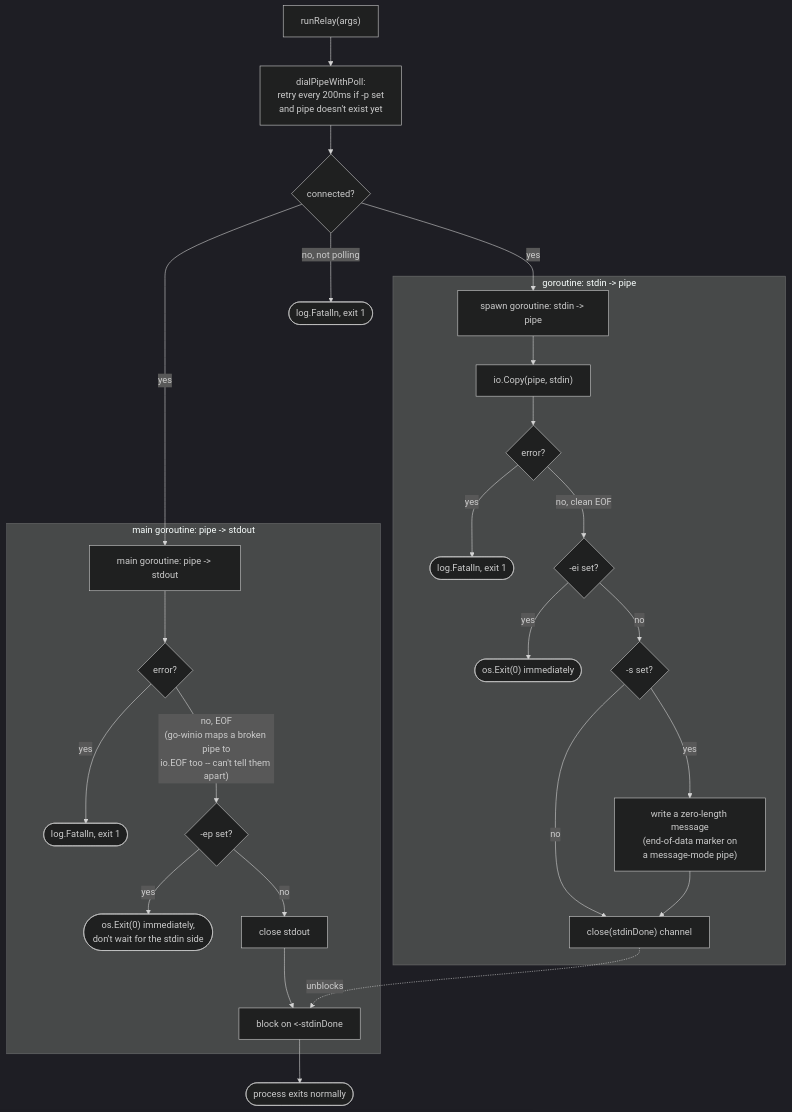
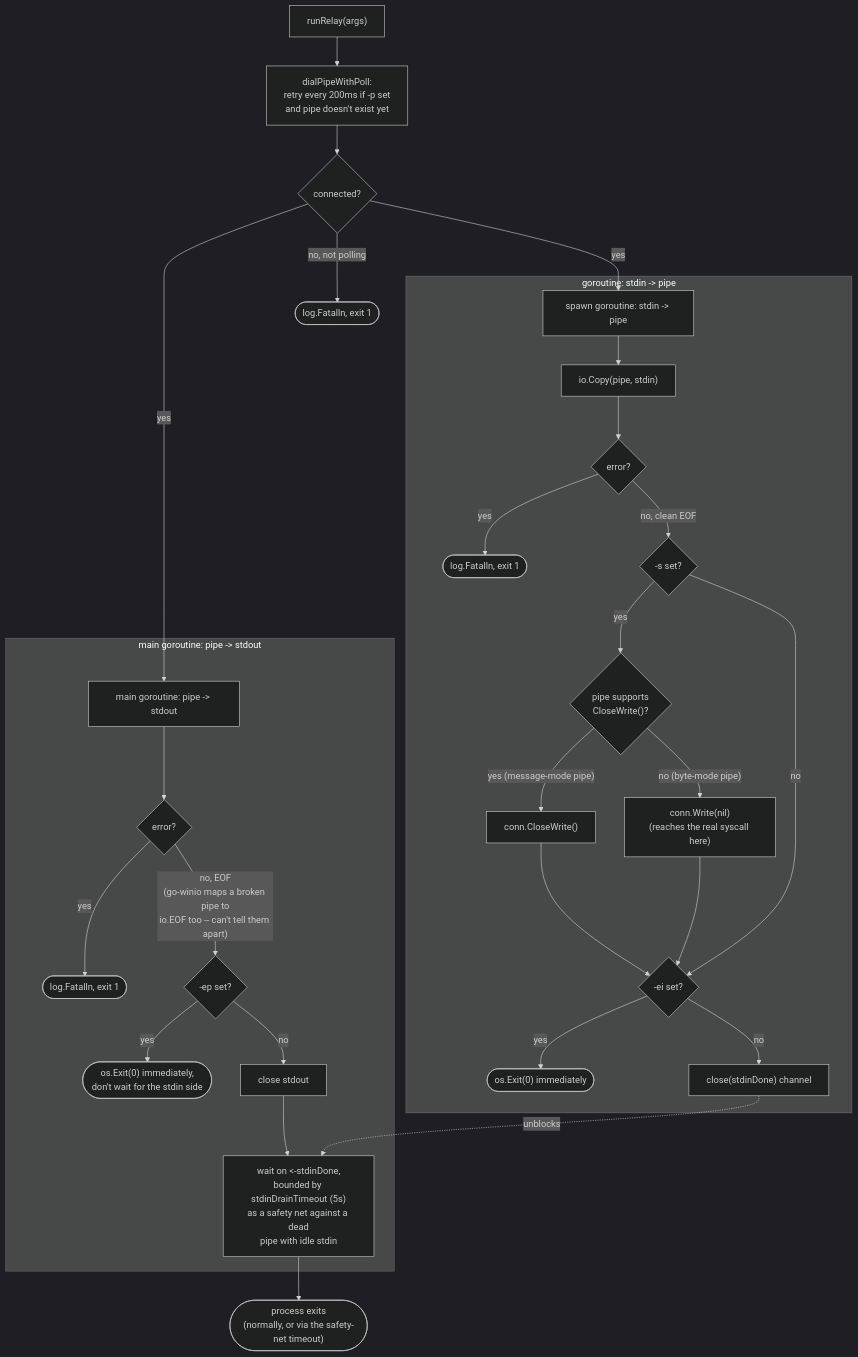
One commit to TomKodesh/keybridge changed the fourth of 7 diagrams in docs/FLOWS.md. Above: the diagram before and after it, drawn with Mermaid (dark theme). The commit also changed other lines of this file and 7 other files, not shown here.

````diff
--- a/docs/FLOWS.md
+++ b/docs/FLOWS.md
@@ -112,32 +112,35 @@
 ```mermaid
 flowchart TD
     A["runRelay(args)"] --> B["dialPipeWithPoll:\nretry every 200ms if -p set\nand pipe doesn't exist yet"]
     B --> C{"connected?"}
     C -- "no, not polling" --> Z1(["log.Fatalln, exit 1"])
     C -- yes --> D["spawn goroutine: stdin -> pipe"]
     C -- yes --> E["main goroutine: pipe -> stdout"]
 
     subgraph G1["goroutine: stdin -> pipe"]
         D --> D1["io.Copy(pipe, stdin)"]
         D1 --> D2{"error?"}
         D2 -- yes --> Z2(["log.Fatalln, exit 1"])
-        D2 -- "no, clean EOF" --> D3{"-ei set?"}
-        D3 -- yes --> Z3(["os.Exit(0) immediately"])
-        D3 -- no --> D4{"-s set?"}
-        D4 -- yes --> D5["write a zero-length message\n(end-of-data marker on\na message-mode pipe)"]
-        D4 -- no --> D6
-        D5 --> D6["close(stdinDone) channel"]
+        D2 -- "no, clean EOF" --> D3{"-s set?"}
+        D3 -- yes --> D3a{"pipe supports\nCloseWrite()?"}
+        D3a -- "yes (message-mode pipe)" --> D3b["conn.CloseWrite()"]
+        D3a -- "no (byte-mode pipe)" --> D3c["conn.Write(nil)\n(reaches the real syscall here)"]
+        D3b --> D4
+        D3c --> D4
+        D3 -- no --> D4{"-ei set?"}
+        D4 -- yes --> Z3(["os.Exit(0) immediately"])
+        D4 -- no --> D6["close(stdinDone) channel"]
     end
 
     subgraph G2["main goroutine: pipe -> stdout"]
         E --> E1{"error?"}
         E1 -- yes --> Z4(["log.Fatalln, exit 1"])
         E1 -- "no, EOF\n(go-winio maps a broken pipe to\nio.EOF too -- can't tell them apart)" --> E2{"-ep set?"}
         E2 -- yes --> Z5(["os.Exit(0) immediately,\ndon't wait for the stdin side"])
         E2 -- no --> E3["close stdout"]
-        E3 --> E4["block on <-stdinDone"]
+        E3 --> E4["wait on <-stdinDone,\nbounded by stdinDrainTimeout (5s)\nas a safety net against a dead\npipe with idle stdin"]
     end
 
     D6 -.unblocks.-> E4
-    E4 --> Done(["process exits normally"])
+    E4 --> Done(["process exits\n(normally, or via the safety-net timeout)"])
 ```
````
